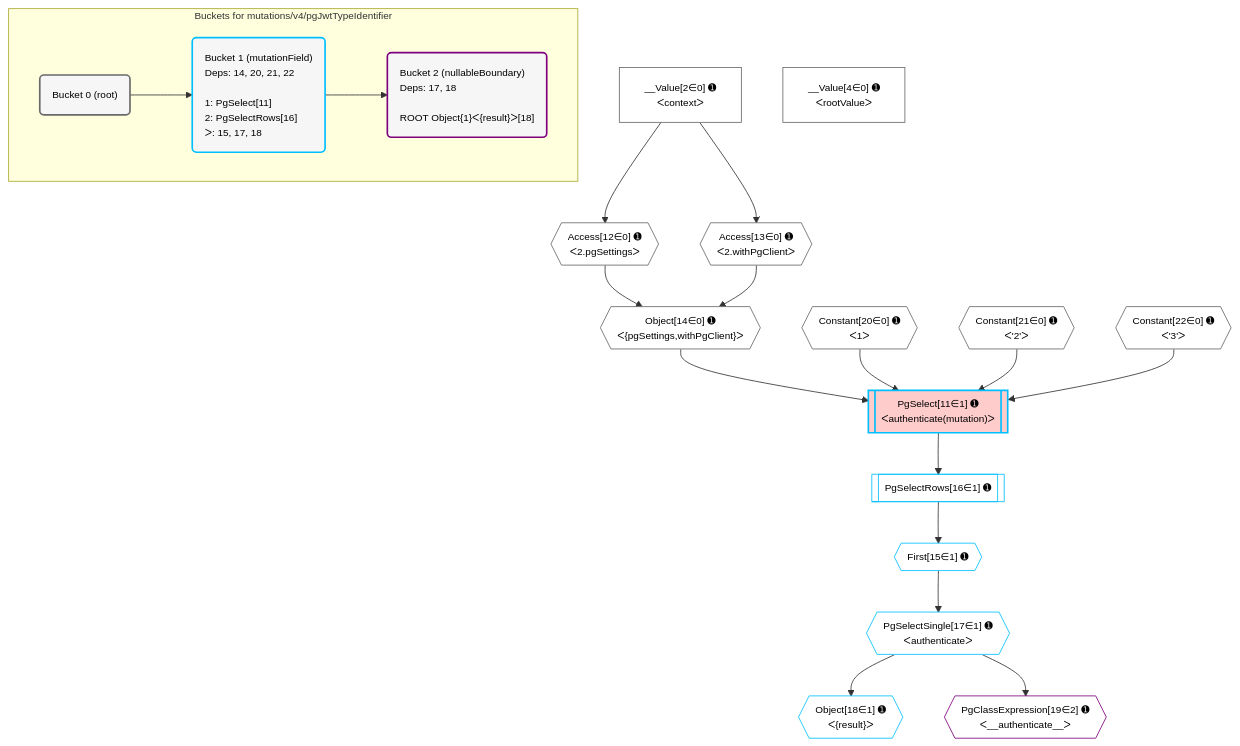
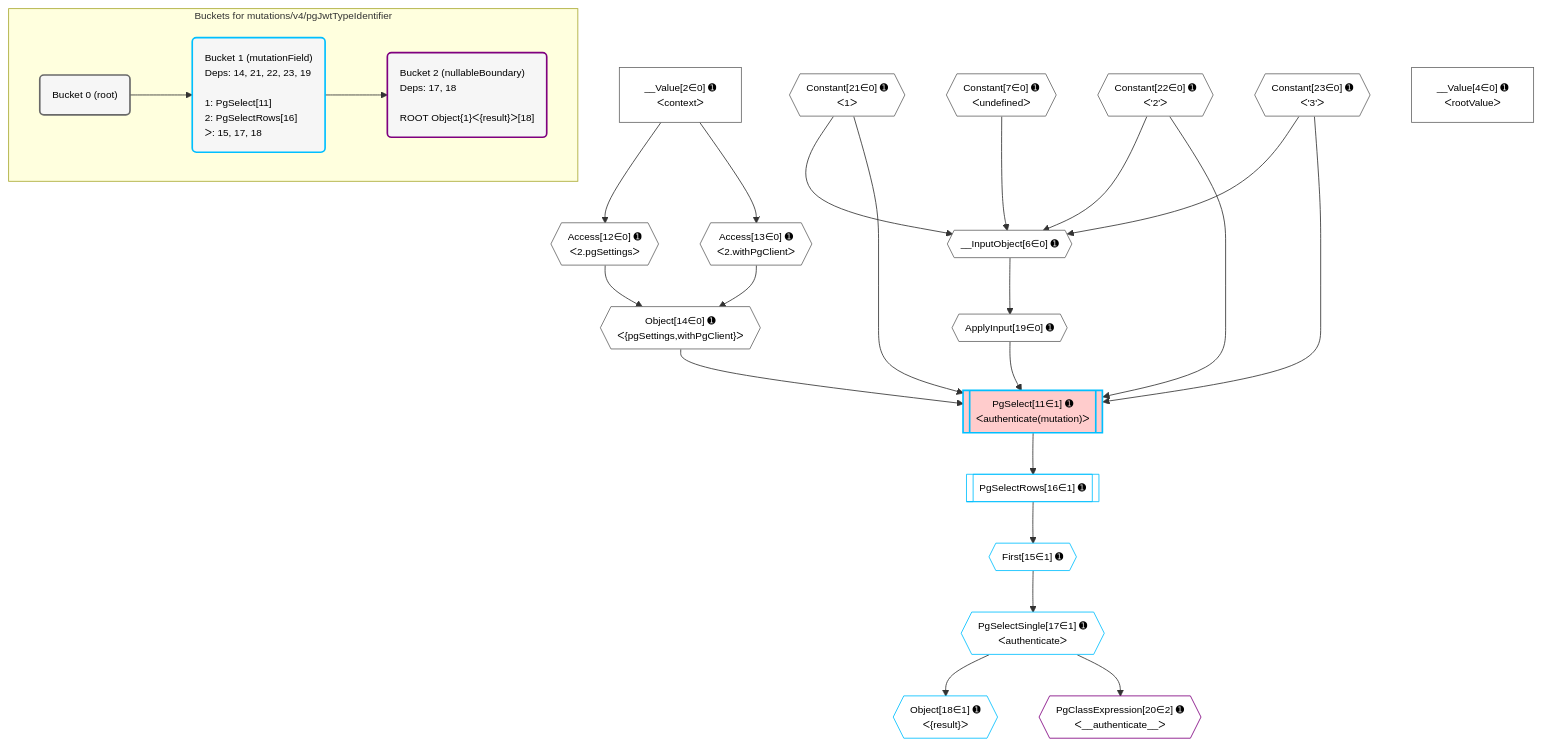
One commit to graphile/crystal changed the diagram in postgraphile/postgraphile/__tests__/mutations/v4/pgJwtTypeIdentifier.mermaid. Above: the diagram before and after it, drawn with Mermaid. The commit also changed 116 other files, not shown here.

Commit message:
Update mermaid plan diagrams

```diff
--- a/postgraphile/postgraphile/__tests__/mutations/v4/pgJwtTypeIdentifier.mermaid
+++ b/postgraphile/postgraphile/__tests__/mutations/v4/pgJwtTypeIdentifier.mermaid
@@ -1,50 +1,55 @@
 %%{init: {'themeVariables': { 'fontSize': '12px'}}}%%
 graph TD
     classDef path fill:#eee,stroke:#000,color:#000
     classDef plan fill:#fff,stroke-width:1px,color:#000
     classDef itemplan fill:#fff,stroke-width:2px,color:#000
     classDef unbatchedplan fill:#dff,stroke-width:1px,color:#000
     classDef sideeffectplan fill:#fcc,stroke-width:2px,color:#000
     classDef bucket fill:#f6f6f6,color:#000,stroke-width:2px,text-align:left
 
 
     %% plan dependencies
+    __InputObject6{{"__InputObject[6∈0] ➊"}}:::plan
+    Constant7{{"Constant[7∈0] ➊<br />ᐸundefinedᐳ"}}:::plan
+    Constant21{{"Constant[21∈0] ➊<br />ᐸ1ᐳ"}}:::plan
+    Constant22{{"Constant[22∈0] ➊<br />ᐸ'2'ᐳ"}}:::plan
+    Constant23{{"Constant[23∈0] ➊<br />ᐸ'3'ᐳ"}}:::plan
+    Constant7 & Constant21 & Constant22 & Constant23 --> __InputObject6
     Object14{{"Object[14∈0] ➊<br />ᐸ{pgSettings,withPgClient}ᐳ"}}:::plan
     Access12{{"Access[12∈0] ➊<br />ᐸ2.pgSettingsᐳ"}}:::plan
     Access13{{"Access[13∈0] ➊<br />ᐸ2.withPgClientᐳ"}}:::plan
     Access12 & Access13 --> Object14
     __Value2["__Value[2∈0] ➊<br />ᐸcontextᐳ"]:::plan
     __Value2 --> Access12
     __Value2 --> Access13
+    ApplyInput19{{"ApplyInput[19∈0] ➊"}}:::plan
+    __InputObject6 --> ApplyInput19
     __Value4["__Value[4∈0] ➊<br />ᐸrootValueᐳ"]:::plan
-    Constant20{{"Constant[20∈0] ➊<br />ᐸ1ᐳ"}}:::plan
-    Constant21{{"Constant[21∈0] ➊<br />ᐸ'2'ᐳ"}}:::plan
-    Constant22{{"Constant[22∈0] ➊<br />ᐸ'3'ᐳ"}}:::plan
     PgSelect11[["PgSelect[11∈1] ➊<br />ᐸauthenticate(mutation)ᐳ"]]:::sideeffectplan
-    Object14 & Constant20 & Constant21 & Constant22 --> PgSelect11
+    Object14 & Constant21 & Constant22 & Constant23 & ApplyInput19 --> PgSelect11
     First15{{"First[15∈1] ➊"}}:::plan
     PgSelectRows16[["PgSelectRows[16∈1] ➊"]]:::plan
     PgSelectRows16 --> First15
     PgSelect11 --> PgSelectRows16
     PgSelectSingle17{{"PgSelectSingle[17∈1] ➊<br />ᐸauthenticateᐳ"}}:::plan
     First15 --> PgSelectSingle17
     Object18{{"Object[18∈1] ➊<br />ᐸ{result}ᐳ"}}:::plan
     PgSelectSingle17 --> Object18
-    PgClassExpression19{{"PgClassExpression[19∈2] ➊<br />ᐸ__authenticate__ᐳ"}}:::plan
-    PgSelectSingle17 --> PgClassExpression19
+    PgClassExpression20{{"PgClassExpression[20∈2] ➊<br />ᐸ__authenticate__ᐳ"}}:::plan
+    PgSelectSingle17 --> PgClassExpression20
 
     %% define steps
 
     subgraph "Buckets for mutations/v4/pgJwtTypeIdentifier"
     Bucket0("Bucket 0 (root)"):::bucket
     classDef bucket0 stroke:#696969
-    class Bucket0,__Value2,__Value4,Access12,Access13,Object14,Constant20,Constant21,Constant22 bucket0
-    Bucket1("Bucket 1 (mutationField)<br />Deps: 14, 20, 21, 22<br /><br />1: PgSelect[11]<br />2: PgSelectRows[16]<br />ᐳ: 15, 17, 18"):::bucket
+    class Bucket0,__Value2,__Value4,__InputObject6,Constant7,Access12,Access13,Object14,ApplyInput19,Constant21,Constant22,Constant23 bucket0
+    Bucket1("Bucket 1 (mutationField)<br />Deps: 14, 21, 22, 23, 19<br /><br />1: PgSelect[11]<br />2: PgSelectRows[16]<br />ᐳ: 15, 17, 18"):::bucket
     classDef bucket1 stroke:#00bfff
     class Bucket1,PgSelect11,First15,PgSelectRows16,PgSelectSingle17,Object18 bucket1
     Bucket2("Bucket 2 (nullableBoundary)<br />Deps: 17, 18<br /><br />ROOT Object{1}ᐸ{result}ᐳ[18]"):::bucket
     classDef bucket2 stroke:#7f007f
-    class Bucket2,PgClassExpression19 bucket2
+    class Bucket2,PgClassExpression20 bucket2
     Bucket0 --> Bucket1
     Bucket1 --> Bucket2
     end
```
